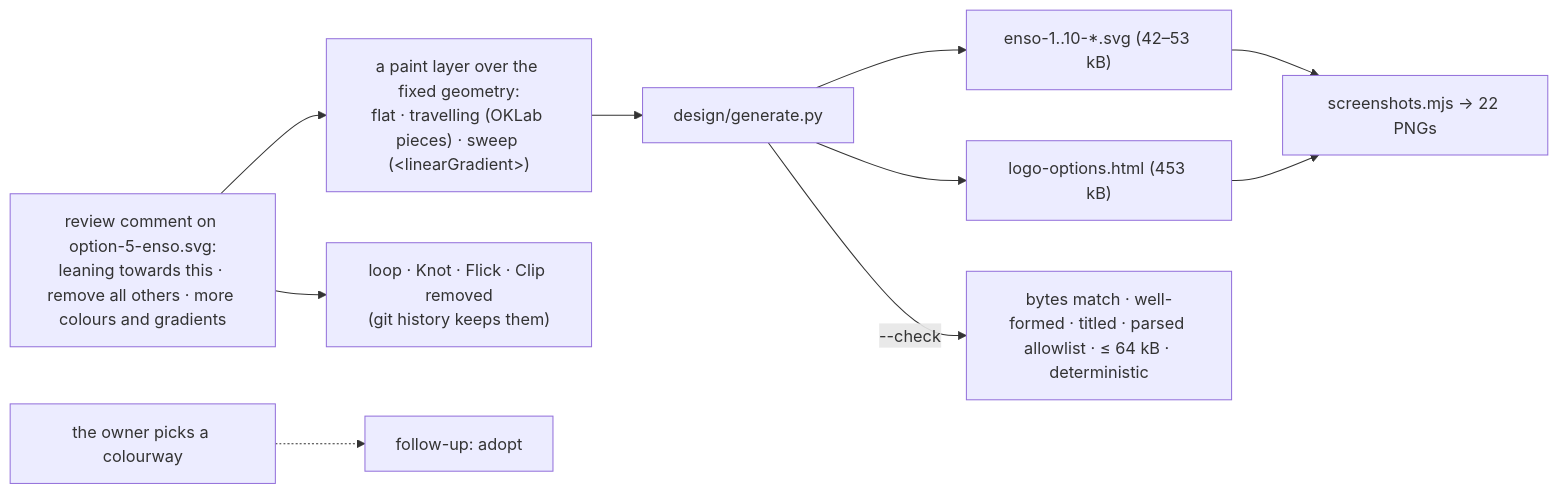
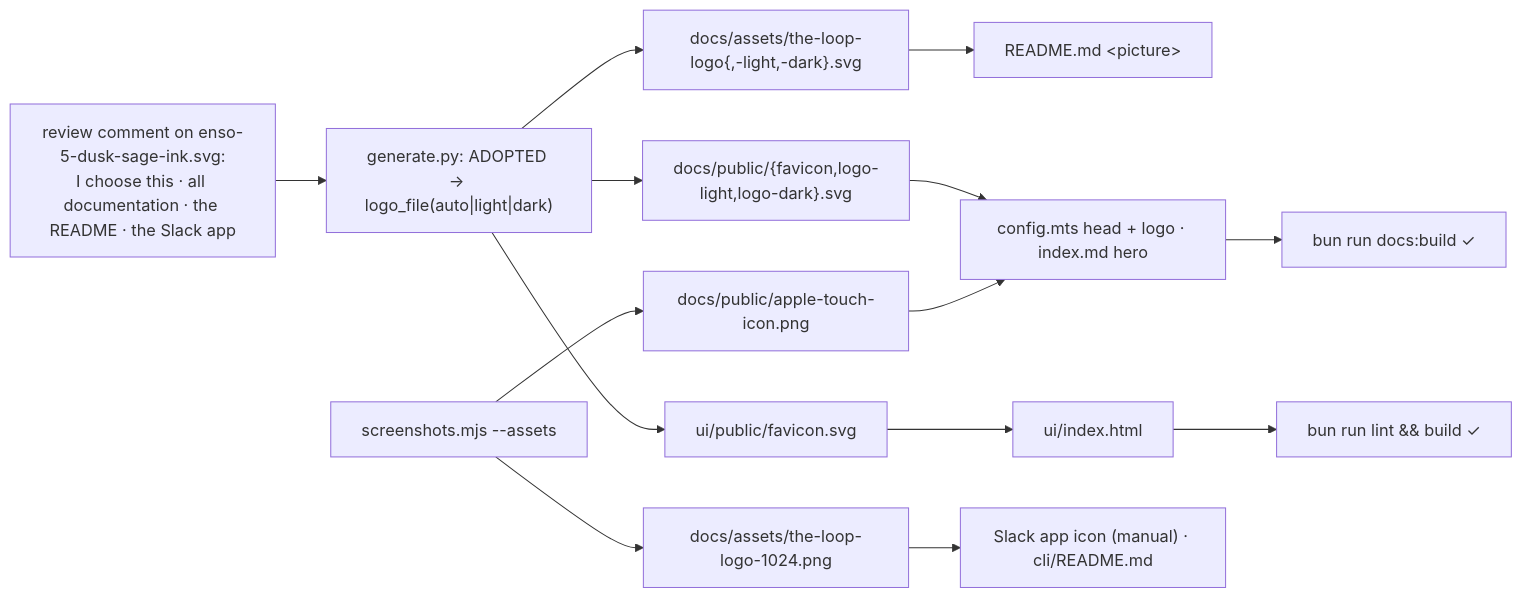
One commit to MadaraUchiha-314/the-loop changed the diagram in docs/specs/issue-398/evidence/reviewer-briefing.md. Above: the diagram before and after it, drawn with Mermaid. The commit also changed other lines of this file and 28 other files, not shown here.

First line of the commit message:
feat(issue-398): adopt the chosen mark — README, docs site, PyPI README, dashboard favicon, Slack app icon

````diff
--- a/docs/specs/issue-398/evidence/reviewer-briefing.md
+++ b/docs/specs/issue-398/evidence/reviewer-briefing.md
@@ -35,10 +34,11 @@
 ```mermaid
 flowchart LR
-  PICK["review comment on option-5-enso.svg:<br/>leaning towards this · remove all others · more colours and gradients"] --> PAINT["a paint layer over the fixed geometry:<br/>flat · travelling (OKLab pieces) · sweep (&lt;linearGradient&gt;)"]
-  PICK --> RM["loop · Knot · Flick · Clip removed<br/>(git history keeps them)"]
-  PAINT --> GEN["design/generate.py"]
-  GEN --> SVG["enso-1..10-*.svg (42–53 kB)"] --> SS["screenshots.mjs → 22 PNGs"]
-  GEN --> GAL["logo-options.html (453 kB)"] --> SS
-  GEN -->|"--check"| GATE["bytes match · well-formed · titled · parsed allowlist · ≤ 64 kB · deterministic"]
-  NEXT["the owner picks a colourway"] -.-> ADOPT["follow-up: adopt"]
+  PICK["review comment on enso-5-dusk-sage-ink.svg:<br/>I choose this · all documentation · the README · the Slack app"] --> GEN["generate.py: ADOPTED → logo_file(auto|light|dark)"]
+  GEN --> A["docs/assets/the-loop-logo{,-light,-dark}.svg"] --> README["README.md &lt;picture&gt;"]
+  GEN --> P["docs/public/{favicon,logo-light,logo-dark}.svg"] --> SITE["config.mts head + logo · index.md hero"]
+  GEN --> U["ui/public/favicon.svg"] --> UI["ui/index.html"]
+  SS["screenshots.mjs --assets"] --> R1["docs/assets/the-loop-logo-1024.png"] --> SLACK["Slack app icon (manual) · cli/README.md"]
+  SS --> R2["docs/public/apple-touch-icon.png"] --> SITE
+  SITE --> B1["bun run docs:build ✓"]
+  UI --> B2["bun run lint && build ✓"]
 ```
````
